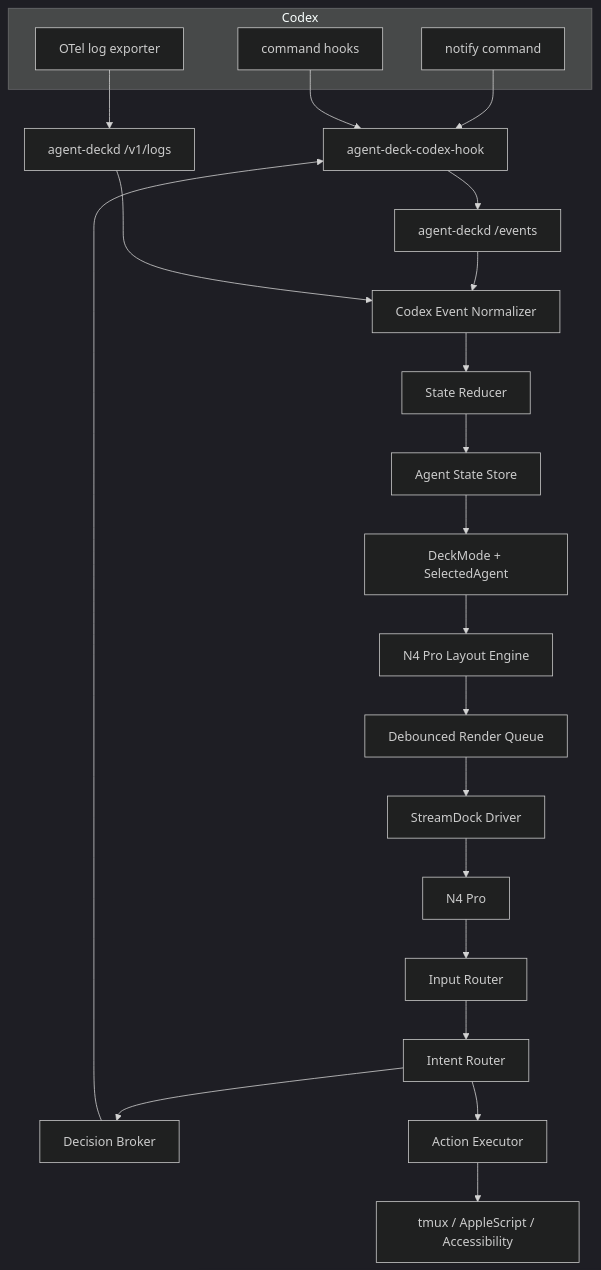
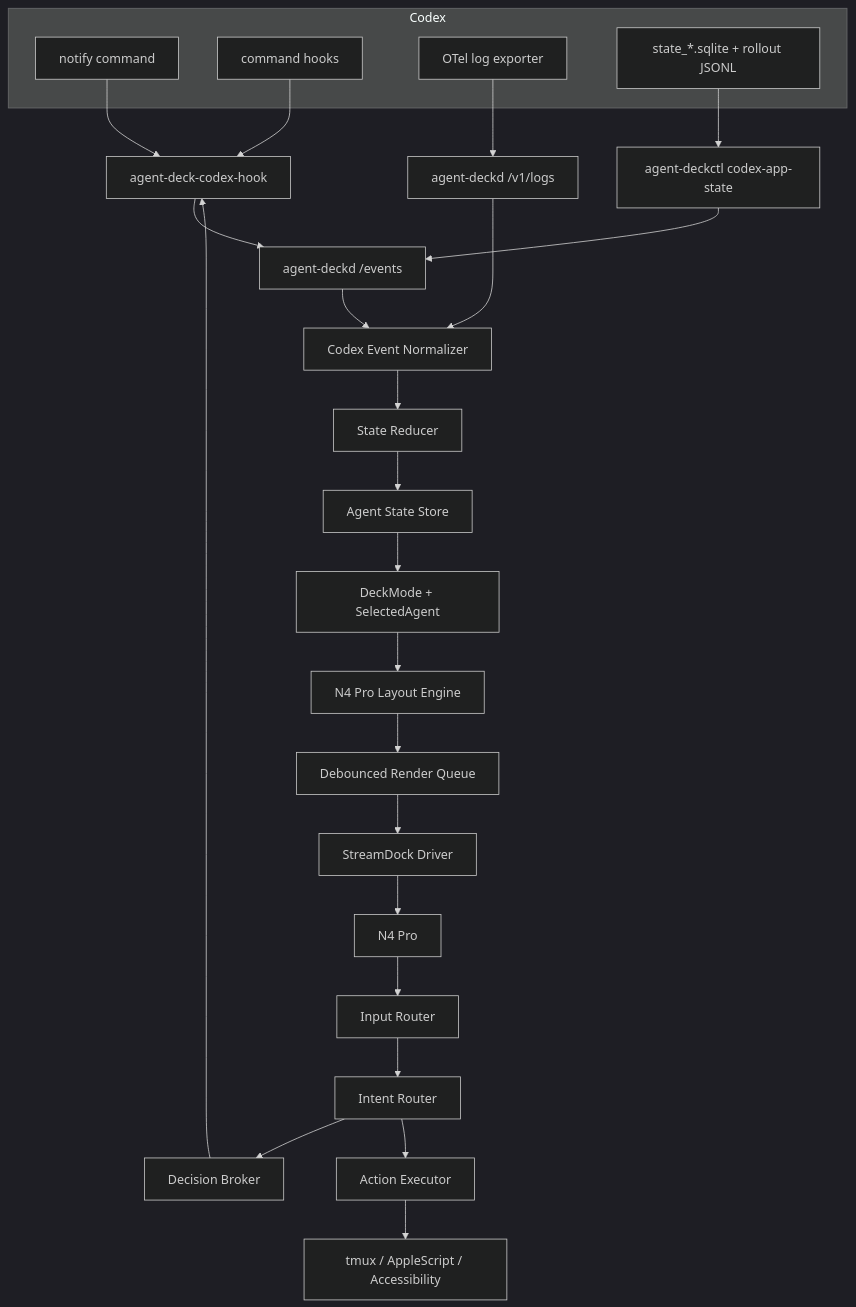
The diagram in docs/superpowers/specs/2026-06-12-agent-deck-mvp-design.md (breakstring/agent-deck), drawn with Mermaid (dark theme) before and after one commit. The commit also changed other lines of this file and 12 other files, not shown here.

````diff
--- a/docs/superpowers/specs/2026-06-12-agent-deck-mvp-design.md
+++ b/docs/superpowers/specs/2026-06-12-agent-deck-mvp-design.md
@@ -60,29 +60,32 @@
 ```mermaid
 flowchart TB
   subgraph Codex["Codex"]
     Notify["notify command"]
     Hooks["command hooks"]
     OTel["OTel log exporter"]
+    AppState["state_*.sqlite + rollout JSONL"]
   end
 
   Notify --> HookHelper["agent-deck-codex-hook"]
   Hooks --> HookHelper
   OTel --> OTelReceiver["agent-deckd /v1/logs"]
+  AppState --> AppScanner["agent-deckctl codex-app-state"]
   HookHelper --> EventAPI["agent-deckd /events"]
+  AppScanner --> EventAPI
 
   EventAPI --> Normalizer["Codex Event Normalizer"]
   OTelReceiver --> Normalizer
   Normalizer --> Reducer["State Reducer"]
   Reducer --> StateStore["Agent State Store"]
   StateStore --> Mode["DeckMode + SelectedAgent"]
   Mode --> Layout["N4 Pro Layout Engine"]
   Layout --> RenderQueue["Debounced Render Queue"]
   RenderQueue --> Driver["StreamDock Driver"]
   Driver --> N4Pro["N4 Pro"]
   N4Pro --> InputRouter["Input Router"]
   InputRouter --> IntentRouter["Intent Router"]
   IntentRouter --> DecisionBroker["Decision Broker"]
   IntentRouter --> ActionExecutor["Action Executor"]
   DecisionBroker --> HookHelper
   ActionExecutor --> MacOS["tmux / AppleScript / Accessibility"]
 ```
````
